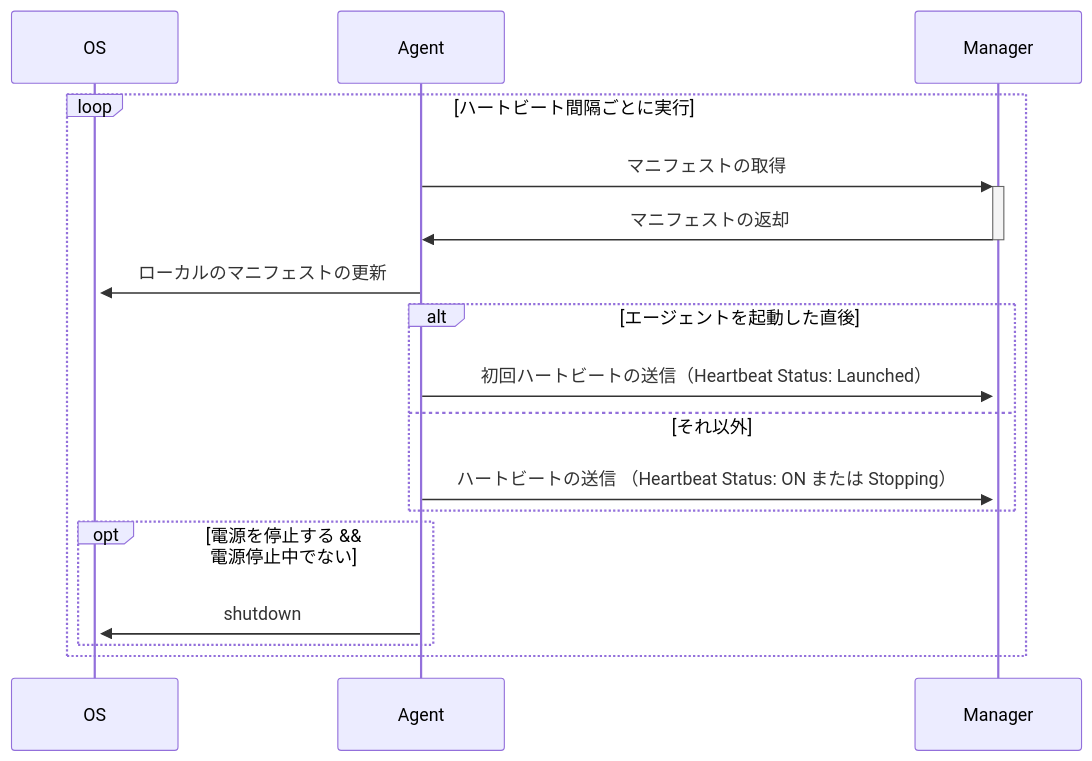
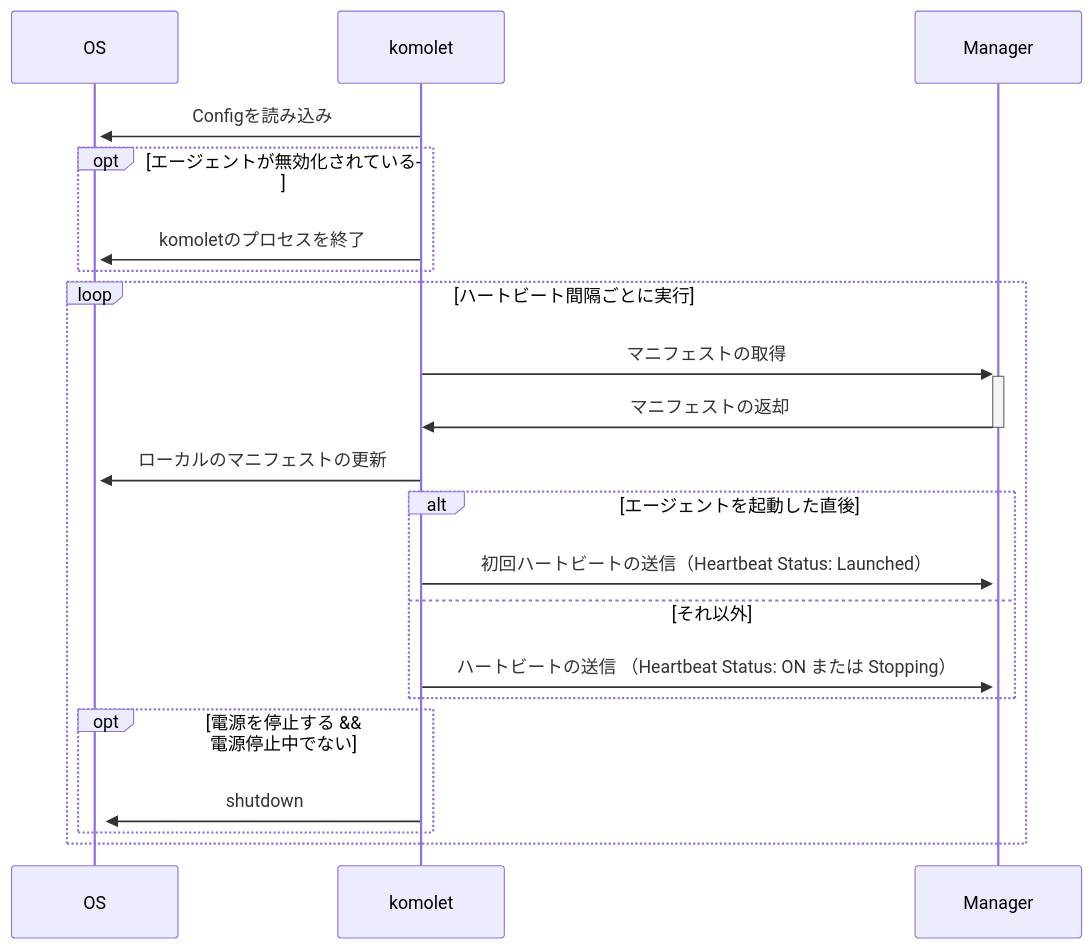
The fifth of 5 diagrams in docs/sdd.md (ichi-h/komoriuta), drawn with Mermaid before and after one commit. The commit also changed other lines of this file, not shown here.

````diff
--- a/docs/sdd.md
+++ b/docs/sdd.md
@@ -205,22 +313,28 @@
 ```mermaid
 sequenceDiagram
     participant OS
-    participant Agent
+    participant komolet
     participant Manager
 
+    komolet ->> +OS: Configを読み込み
+
+    opt エージェントが無効化されている
+      komolet ->> OS: komoletのプロセスを終了
+    end
+
     loop ハートビート間隔ごとに実行
-      Agent ->> +Manager: マニフェストの取得
-      Manager ->> -Agent: マニフェストの返却
-      Agent ->> +OS: ローカルのマニフェストの更新
+      komolet ->> +Manager: マニフェストの取得
+      Manager ->> -komolet: マニフェストの返却
+      komolet ->> +OS: ローカルのマニフェストの更新
 
       alt エージェントを起動した直後
-        Agent ->> +Manager: 初回ハートビートの送信（Heartbeat Status: Launched）
+        komolet ->> +Manager: 初回ハートビートの送信（Heartbeat Status: Launched）
       else それ以外
-        Agent ->> +Manager: ハートビートの送信 （Heartbeat Status: ON または Stopping）
+        komolet ->> +Manager: ハートビートの送信 （Heartbeat Status: ON または Stopping）
       end
 
       opt 電源を停止する && 電源停止中でない
-        Agent ->> OS: shutdown
+        komolet ->> OS: shutdown
       end
     end
 ```
````
